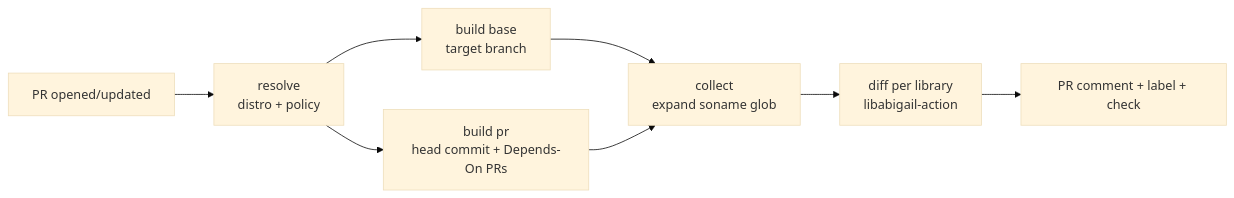
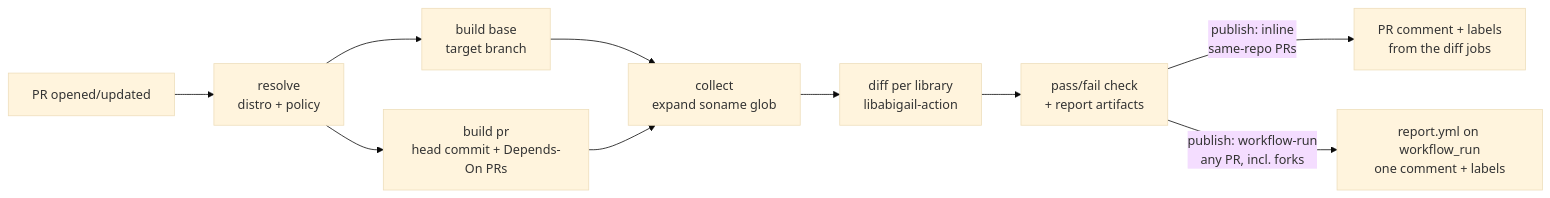
Before and after one commit to fujitatomoya/ros2-abi-action: the diagram in README.md, drawn with Mermaid (base theme). The commit also changed other lines of this file and 3 other files, not shown here.

Commit message:
add publish: workflow-run mode and report.yml so fork pull requests get the comment and labels. (#14)

````diff
--- a/README.md
+++ b/README.md
@@ -76,10 +111,12 @@
 ```mermaid
 flowchart LR
     A[PR opened/updated] --> R[resolve<br/>distro + policy]
     R --> B1[build base<br/>target branch]
     R --> B2[build pr<br/>head commit + Depends-On PRs]
     B1 --> C[collect<br/>expand soname glob]
     B2 --> C
     C --> D[diff per library<br/>libabigail-action]
-    D --> E[PR comment + label + check]
+    D --> E[pass/fail check<br/>+ report artifacts]
+    E -->|publish: inline<br/>same-repo PRs| F[PR comment + labels<br/>from the diff jobs]
+    E -->|publish: workflow-run<br/>any PR, incl. forks| G[report.yml on workflow_run<br/>one comment + labels]
 ```
````
